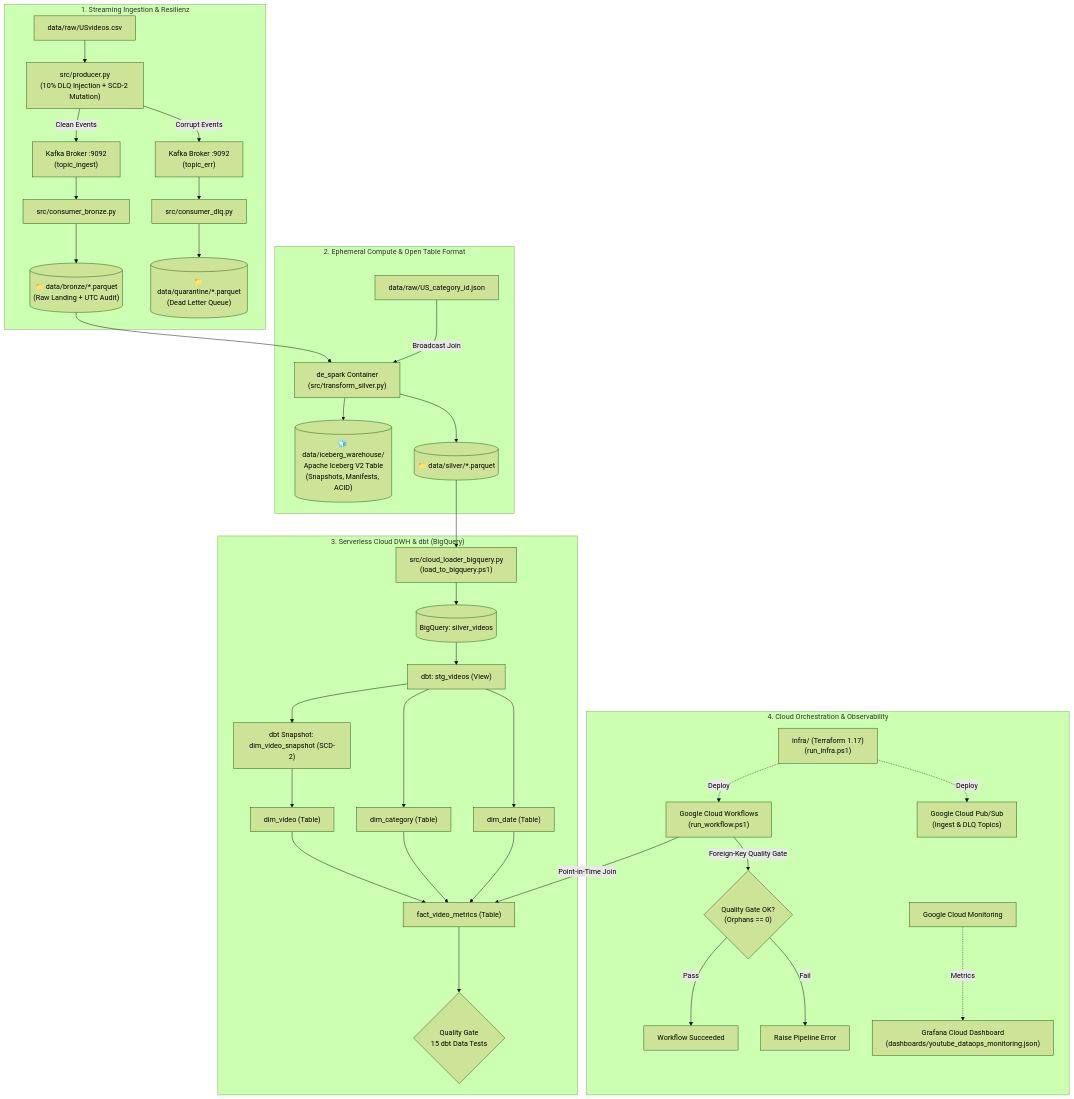
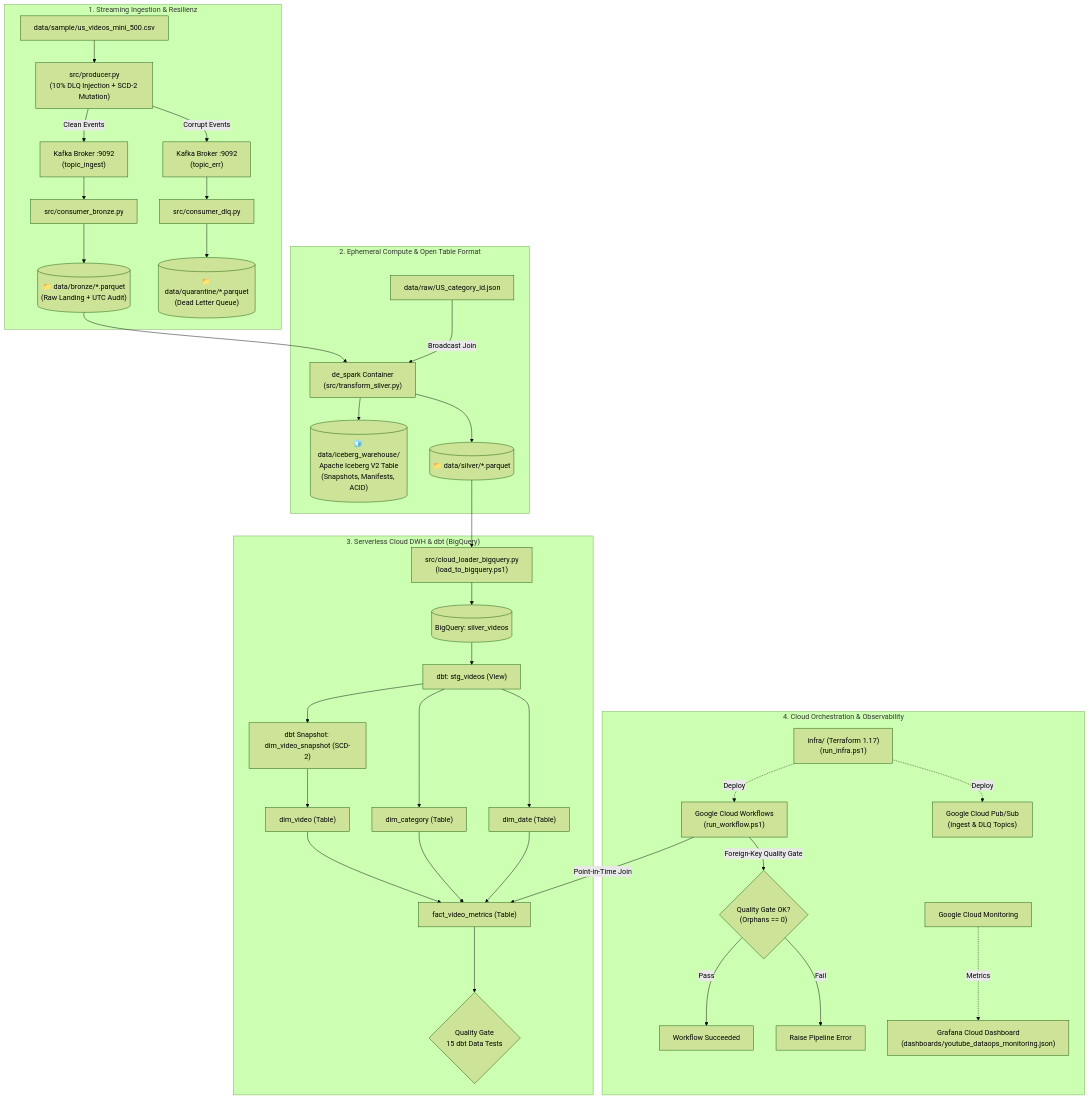
The first of 2 diagrams in README.md (BHW80/DE_Capstone_2026), drawn with Mermaid (forest theme) before and after one commit. The commit also changed other lines of this file and 2 other files, not shown here.

````diff
--- a/README.md
+++ b/README.md
@@ -95,47 +98,47 @@
 ```mermaid
 flowchart TD
     subgraph Streaming ["1. Streaming Ingestion & Resilienz"]
-        RAW["data/raw/USvideos.csv"] --> PROD["src/producer.py\n(10% DLQ Injection + SCD-2 Mutation)"]
+        RAW["data/sample/us_videos_mini_500.csv"] --> PROD["src/producer.py\n(10% DLQ Injection + SCD-2 Mutation)"]
         PROD -->|Clean Events| KAFKA["Kafka Broker :9092\n(topic_ingest)"]
         PROD -->|Corrupt Events| DLQ["Kafka Broker :9092\n(topic_err)"]
         KAFKA --> BRONZE_C["src/consumer_bronze.py"]
         DLQ --> DLQ_C["src/consumer_dlq.py"]
         BRONZE_C --> BRONZE_P[("📁 data/bronze/*.parquet\n(Raw Landing + UTC Audit)")]
         DLQ_C --> QUAR_P[("📁 data/quarantine/*.parquet\n(Dead Letter Queue)")]
     end
 
     subgraph Lakehouse ["2. Ephemeral Compute & Open Table Format"]
         BRONZE_P --> SPARK_SILVER["de_spark Container\n(src/transform_silver.py)"]
         CAT_JSON["data/raw/US_category_id.json"] -->|Broadcast Join| SPARK_SILVER
         SPARK_SILVER --> ICEBERG[("🧊 data/iceberg_warehouse/\nApache Iceberg V2 Table\n(Snapshots, Manifests, ACID)")]
         SPARK_SILVER --> SILVER_P[("📁 data/silver/*.parquet")]
     end
 
     subgraph DWH ["3. Serverless Cloud DWH & dbt (BigQuery)"]
         SILVER_P --> BQ_LOADER["src/cloud_loader_bigquery.py\n(load_to_bigquery.ps1)"]
         BQ_LOADER --> BQ_RAW[("BigQuery: silver_videos")]
         
         BQ_RAW --> DBT_STG["dbt: stg_videos (View)"]
         DBT_STG --> DBT_SNAP["dbt Snapshot: dim_video_snapshot (SCD-2)"]
         DBT_SNAP --> DIM_V["dim_video (Table)"]
         DBT_STG --> DIM_C["dim_category (Table)"]
         DBT_STG --> DIM_D["dim_date (Table)"]
         
         DIM_V --> FACT["fact_video_metrics (Table)"]
         DIM_C --> FACT
         DIM_D --> FACT
         
         FACT --> DBT_TESTS{"Quality Gate\n15 dbt Data Tests"}
     end
 
     subgraph CloudOps ["4. Cloud Orchestration & Observability"]
         TERRAFORM["infra/ (Terraform 1.17)\n(run_infra.ps1)"] -.->|Deploy| WORKFLOW["Google Cloud Workflows\n(run_workflow.ps1)"]
         TERRAFORM -.->|Deploy| PUBSUB["Google Cloud Pub/Sub\n(Ingest & DLQ Topics)"]
         WORKFLOW -->|Point-in-Time Join| FACT
         WORKFLOW -->|Foreign-Key Quality Gate| Q_CHECK{"Quality Gate OK?\n(Orphans == 0)"}
         Q_CHECK -->|Pass| SUCCESS["Workflow Succeeded"]
         Q_CHECK -->|Fail| RAISE["Raise Pipeline Error"]
         
         GCP_MON["Google Cloud Monitoring"] -.->|Metrics| GRAFANA["Grafana Cloud Dashboard\n(dashboards/youtube_dataops_monitoring.json)"]
     end
 ```
````
